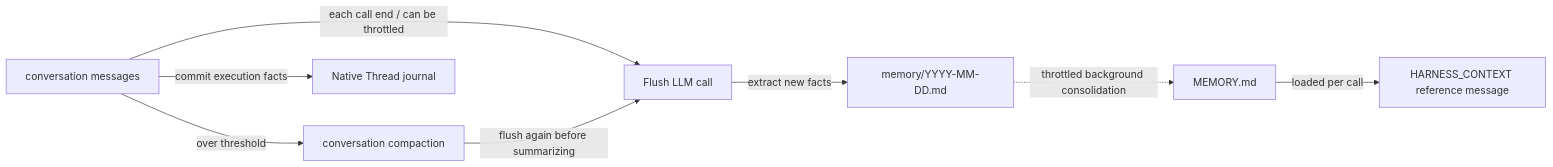
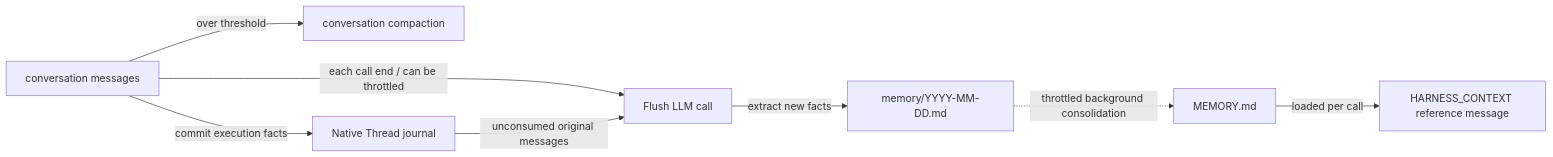
The diagram in docs/dev/en/docs/harness/memory.md (agentscope-ai/agentscope-java), drawn with Mermaid before and after one commit. The commit also changed other lines of this file and 18 other files, not shown here.

First line of the commit message:
feat(memory): extract original Thread messages incrementally

````diff
--- a/docs/dev/en/docs/harness/memory.md
+++ b/docs/dev/en/docs/harness/memory.md
@@ -35,11 +35,11 @@
 ```mermaid
 graph LR
     Conv["conversation messages"]
     Conv -->|each call end / can be throttled| Flush["Flush LLM call"]
     Flush -->|extract new facts| Daily["memory/YYYY-MM-DD.md"]
     Conv -->|over threshold| Compactor["conversation compaction"]
     Conv -->|commit execution facts| Sess["Native Thread journal"]
-    Compactor -->|flush again before summarizing| Flush
+    Sess -->|unconsumed original messages| Flush
     Daily -. throttled background consolidation .-> MEM["MEMORY.md"]
     MEM -->|loaded per call| SYS["HARNESS_CONTEXT reference message"]
 ```
````
